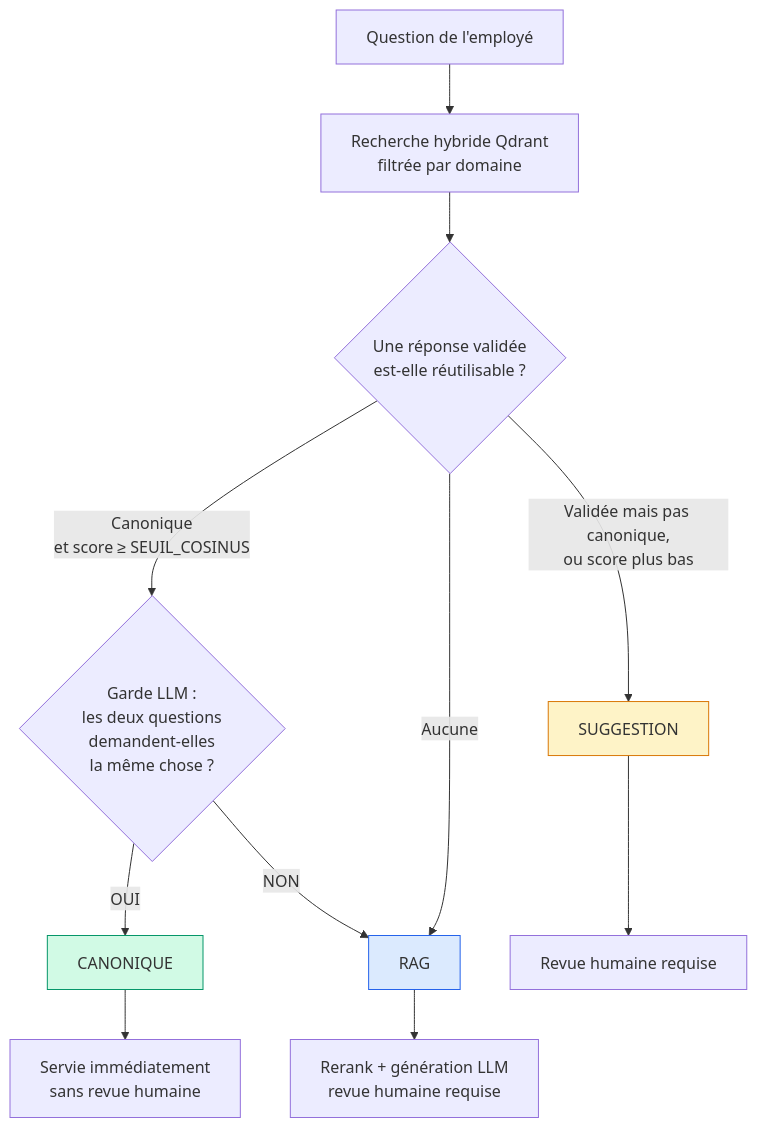
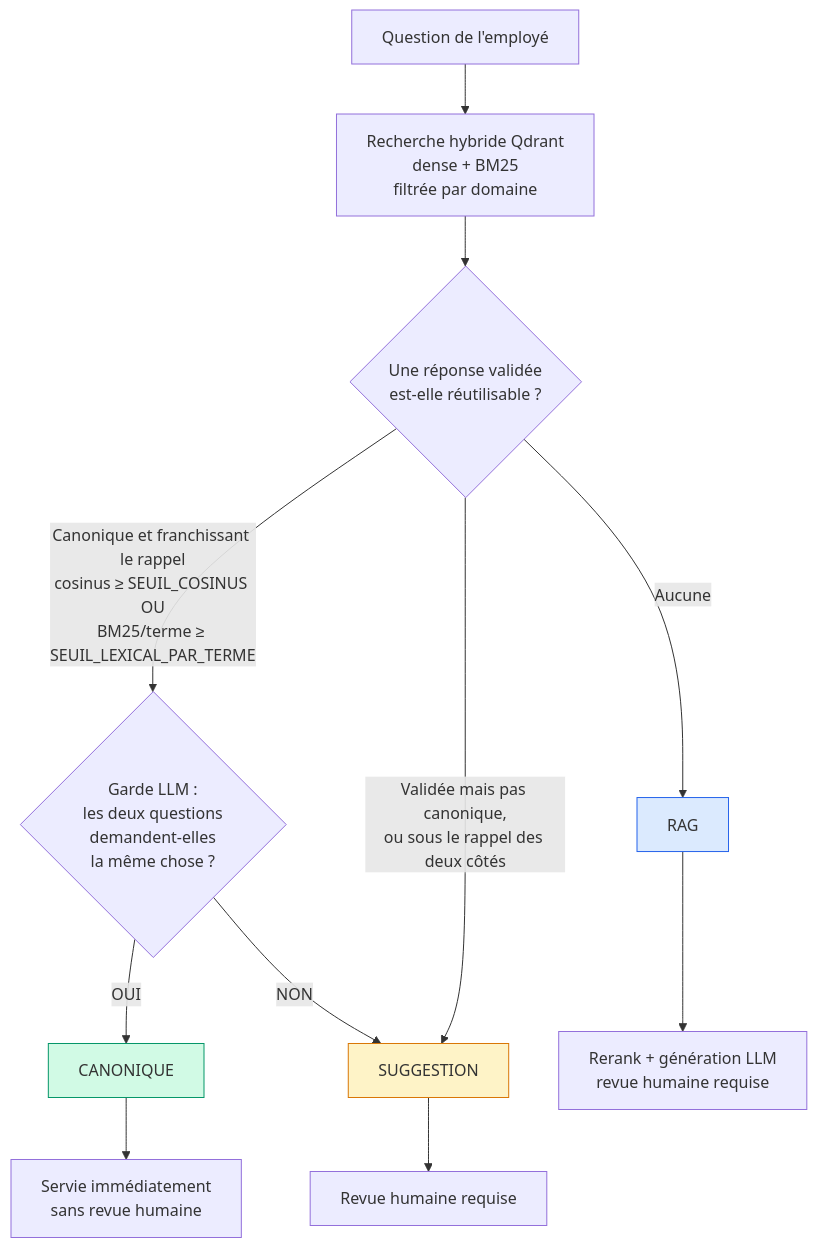
The first of 2 diagrams in Docs/presentation.md (ThomasHWD/TicketAI), drawn with Mermaid before and after one commit. The commit also changed other lines of this file and 4 other files, not shown here.

````diff
--- a/Docs/presentation.md
+++ b/Docs/presentation.md
@@ -27,20 +27,20 @@
 ```mermaid
 flowchart TD
-    A[Question de l'employé] --> B[Recherche hybride Qdrant<br/>filtrée par domaine]
+    A[Question de l'employé] --> B[Recherche hybride Qdrant<br/>dense + BM25<br/>filtrée par domaine]
     B --> C{Une réponse validée<br/>est-elle réutilisable ?}
 
-    C -->|Canonique<br/>et score ≥ SEUIL_COSINUS| D{Garde LLM :<br/>les deux questions<br/>demandent-elles<br/>la même chose ?}
-    C -->|Validée mais pas canonique,<br/>ou score plus bas| F[SUGGESTION]
+    C -->|Canonique et franchissant le rappel<br/>cosinus ≥ SEUIL_COSINUS OU<br/>BM25/terme ≥ SEUIL_LEXICAL_PAR_TERME| D{Garde LLM :<br/>les deux questions<br/>demandent-elles<br/>la même chose ?}
+    C -->|Validée mais pas canonique,<br/>ou sous le rappel des deux côtés| F[SUGGESTION]
     C -->|Aucune| G[RAG]
 
     D -->|OUI| E[CANONIQUE]
-    D -->|NON| G
+    D -->|NON| F
 
     E --> H[Servie immédiatement<br/>sans revue humaine]
     F --> I[Revue humaine requise]
     G --> J[Rerank + génération LLM<br/>revue humaine requise]
 
     style E fill:#d1fae5,stroke:#059669
     style F fill:#fef3c7,stroke:#d97706
     style G fill:#dbeafe,stroke:#2563eb
 ```
````
